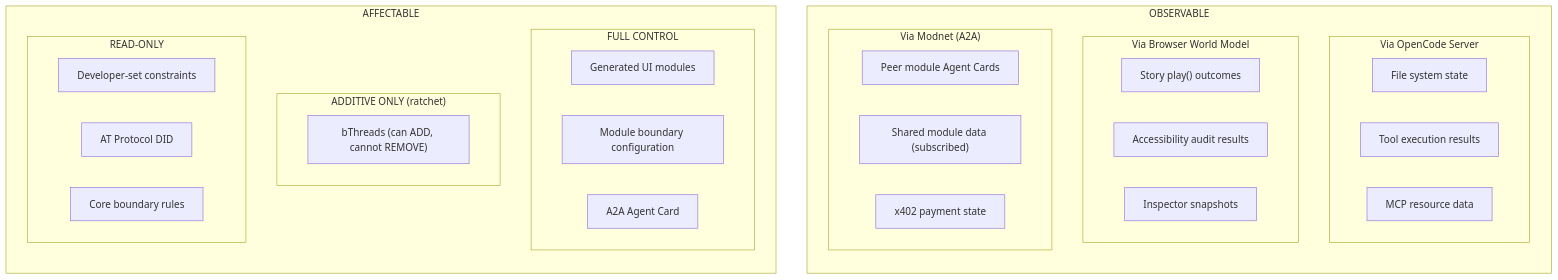
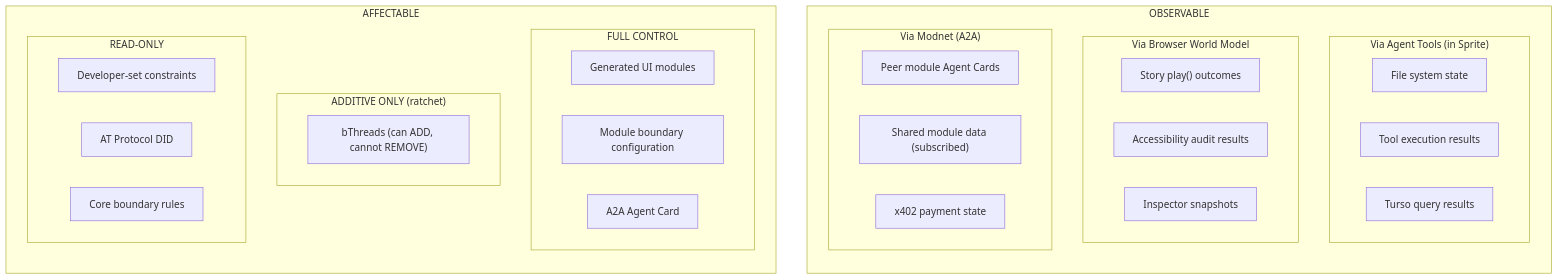
One commit to plaited/plaited changed the seventh of 12 diagrams in PLAITED-AGENT-PLAN.md. Above: the diagram before and after it, drawn with Mermaid. The commit also changed other lines of this file and 1 other file, not shown here.

First line of the commit message:
docs(agent): add OpenCode as sandbox coding runtime, update V8 plan

````diff
--- a/PLAITED-AGENT-PLAN.md
+++ b/PLAITED-AGENT-PLAN.md
@@ -368,38 +407,38 @@
 ```mermaid
 flowchart TB
     subgraph Observable["OBSERVABLE"]
         direction TB
-        subgraph ViaServer["Via OpenCode Server"]
+        subgraph ViaTools["Via Agent Tools (in Sprite)"]
             FileState["File system state"]
             ToolResults["Tool execution results"]
-            MCPData["MCP resource data"]
+            TursoData["Turso query results"]
         end
         subgraph ViaBrowser["Via Browser World Model"]
             Stories["Story play() outcomes"]
             A11y["Accessibility audit results"]
             Snapshots["Inspector snapshots"]
         end
         subgraph ViaModnet["Via Modnet (A2A)"]
             PeerModules["Peer module Agent Cards"]
             SharedData["Shared module data (subscribed)"]
             PaymentState["x402 payment state"]
         end
     end
 
     subgraph Affectable["AFFECTABLE"]
         direction TB
         subgraph FullControl["FULL CONTROL"]
             Generated["Generated UI modules"]
             ModuleConfig["Module boundary configuration"]
             A2ACard["A2A Agent Card"]
         end
         subgraph Additive["ADDITIVE ONLY (ratchet)"]
             NewBT["bThreads (can ADD, cannot REMOVE)"]
         end
         subgraph ReadOnly["READ-ONLY"]
             DevConstraints["Developer-set constraints"]
             DID["AT Protocol DID"]
             CoreBoundaries["Core boundary rules"]
         end
     end
 ```
````
